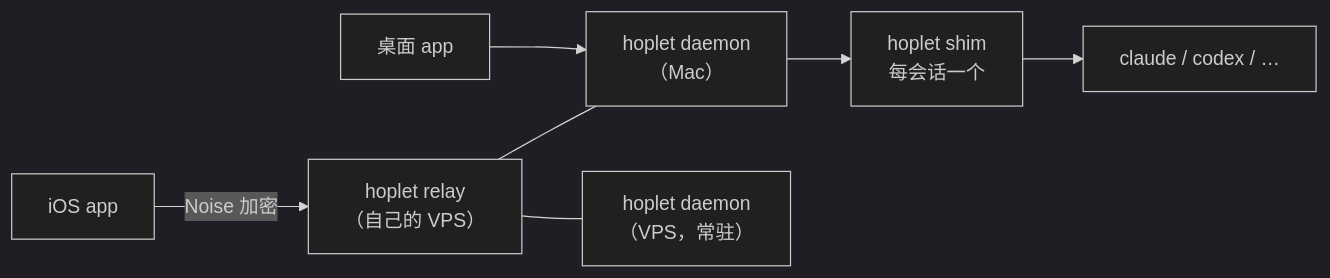
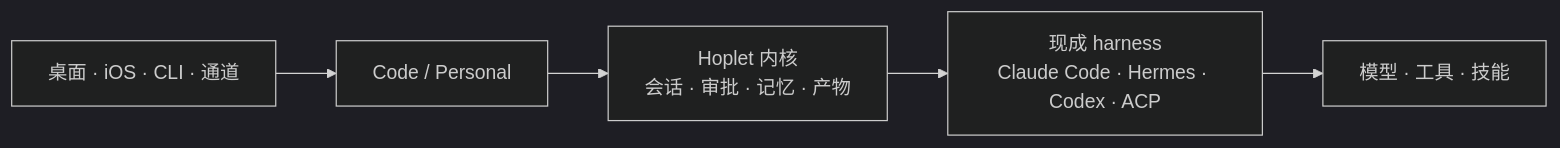
Before and after one commit to yangflow/hoplet: the diagram in README.zh-CN.md, drawn with Mermaid (dark theme). The commit also changed other lines of this file and 26 other files, not shown here.

Commit message:
docs(design): align designs and roadmap with implementation

````diff
--- a/README.zh-CN.md
+++ b/README.zh-CN.md
@@ -21,8 +21,7 @@
 ```mermaid
 flowchart LR
-    Phone["iOS app"] -- "Noise 加密" --> Relay["hoplet relay<br/>（自己的 VPS）"]
-    Desk["桌面 app"] --> Mac["hoplet daemon<br/>（Mac）"]
-    Relay --- Mac
-    Relay --- VPS["hoplet daemon<br/>（VPS，常驻）"]
-    Mac --> Shim["hoplet shim<br/>每会话一个"] --> H["claude / codex / …"]
+    User["桌面 · iOS · CLI · 通道"] --> Modes["Code / Personal"]
+    Modes --> Core["Hoplet 内核<br/>会话 · 审批 · 记忆 · 产物"]
+    Core --> Harness["现成 harness<br/>Claude Code · Hermes · Codex · ACP"]
+    Harness --> Capabilities["模型 · 工具 · 技能"]
 ```
````
